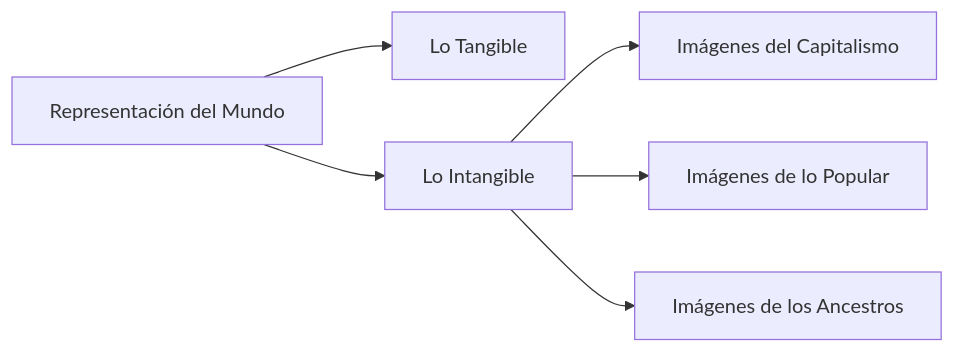
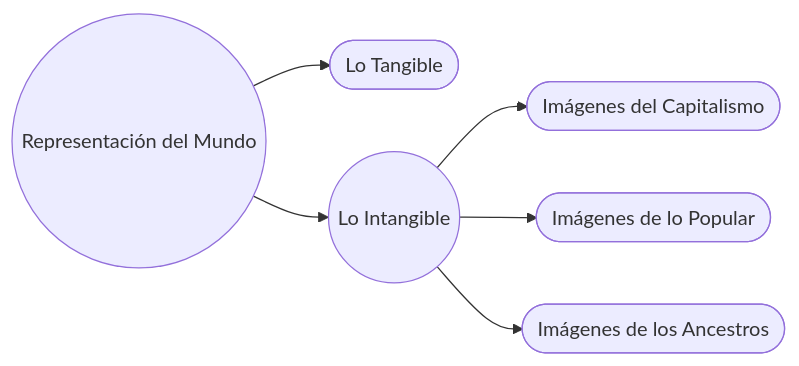
One commit to EGGS-Artesvisuales/EGGS-Artesvisuales.github.io changed the diagram in ES/intangible.md. Above: the diagram before and after it, drawn with Mermaid.

```diff
--- a/ES/intangible.md
+++ b/ES/intangible.md
@@ -30,17 +30,17 @@
 <div class="mermaid">
 graph LR
-    Representacion["Representación del Mundo"]
-    Representacion --> Tangible["Lo Tangible"]
-    Representacion --> Intangible["Lo Intangible"]
+    Representacion(("Representación del Mundo"))
+    Representacion --> Tangible(["Lo Tangible"])
+    Representacion --> Intangible(("Lo Intangible"))
 
-    Intangible --> Capitalismo["Imágenes del Capitalismo"]
-    Intangible --> Popular["Imágenes de lo Popular"]
-    Intangible --> Ancestros["Imágenes de los Ancestros"]
+    Intangible --> Capitalismo(["Imágenes del Capitalismo"])
+    Intangible --> Popular(["Imágenes de lo Popular"])
+    Intangible --> Ancestros(["Imágenes de los Ancestros"])
 
     click Representacion "/ES/mundo-exterior.html" "Ir a Representación del Mundo"
     click Tangible "/ES/tangible.html" "Ir a Lo Tangible"
     click Intangible "/ES/intangible.html" "Ir a Lo Intangible"
     click Capitalismo "/ES/imagenes-capitalismo.html" "Ir a Imágenes del Capitalismo"
     click Popular "/ES/imagenes-popular.html" "Ir a Imágenes de lo Popular"
     click Ancestros "/ES/imagenes-ancestros.html" "Ir a Imágenes de los Ancestros"
 </div>
```
